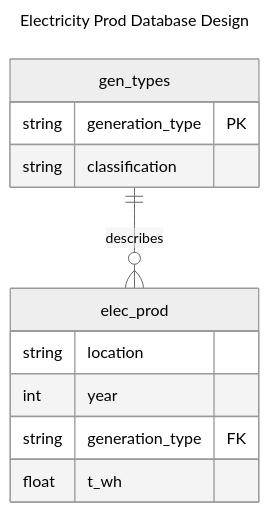
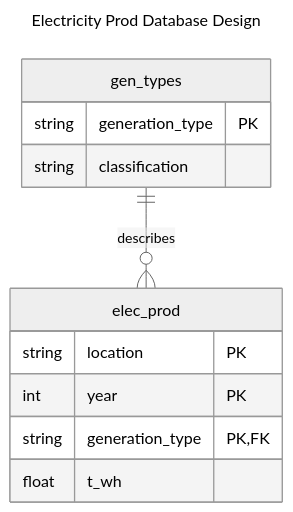
Before and after one commit to EllieWilser/Data_607: the third of 3 diagrams in Project_2/Project_2_Data_607.qmd, drawn with Mermaid. The commit also changed other lines of this file and 2 other files, not shown here.

````diff
--- a/Project_2/Project_2_Data_607.qmd
+++ b/Project_2/Project_2_Data_607.qmd
@@ -656,22 +651,22 @@
 ```{mermaid}
 ---
 title: Electricity Prod Database Design
 config:
   theme: neutral
   look: classic
 ---
 erDiagram
     elec_prod {
-        string location 
-        int year 
-        string generation_type FK
+        string location PK
+        int year PK
+        string generation_type PK, FK
         float t_wh
     }
     
     gen_types {
       string generation_type PK
       string classification
     
     }
     gen_types ||--o{ elec_prod : describes
 ```
````
